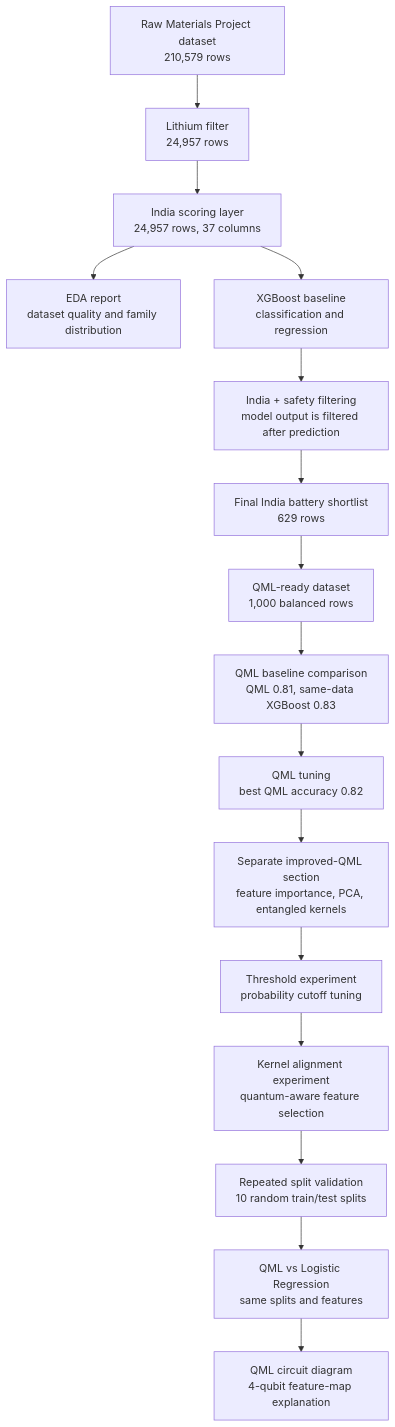
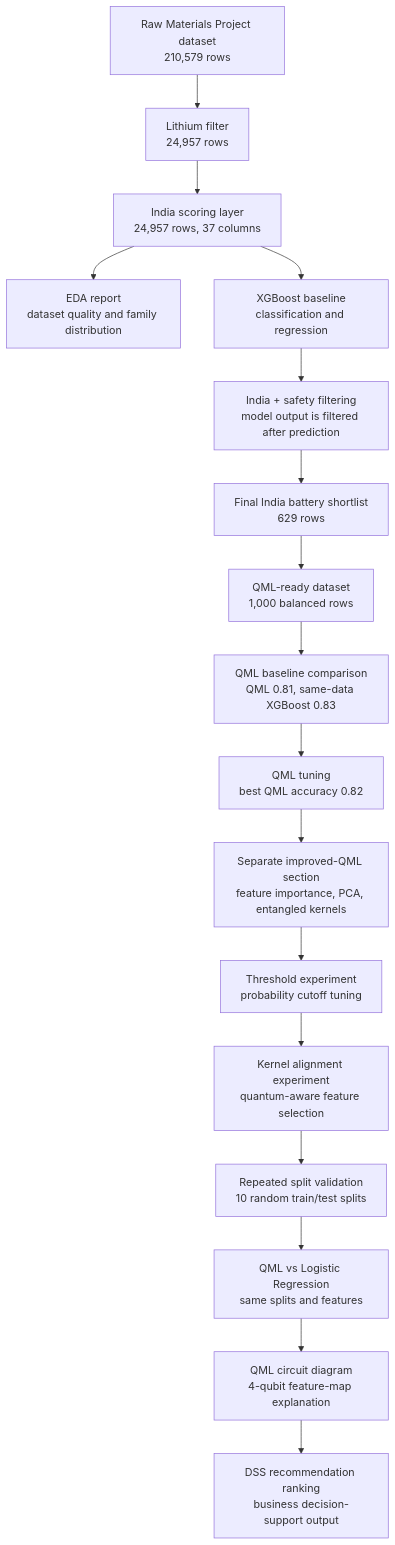
Before and after one commit to lifeknife10A/hybrid-quantum-battery-stability-prediction: the diagram in Summer Vacation/data/metadata/project_pipeline_summary.md, drawn with Mermaid. The commit also changed other lines of this file and 7 other files, not shown here.

Commit message:
Add DSS recommendation rankings

````diff
--- a/Summer Vacation/data/metadata/project_pipeline_summary.md
+++ b/Summer Vacation/data/metadata/project_pipeline_summary.md
@@ -36,18 +36,19 @@
 ```mermaid
 flowchart TD
     A["Raw Materials Project dataset<br/>210,579 rows"] --> B["Lithium filter<br/>24,957 rows"]
     B --> C["India scoring layer<br/>24,957 rows, 37 columns"]
     C --> D["EDA report<br/>dataset quality and family distribution"]
     C --> E["XGBoost baseline<br/>classification and regression"]
     E --> F["India + safety filtering<br/>model output is filtered after prediction"]
     F --> G["Final India battery shortlist<br/>629 rows"]
     G --> H["QML-ready dataset<br/>1,000 balanced rows"]
     H --> I["QML baseline comparison<br/>QML 0.81, same-data XGBoost 0.83"]
     I --> J["QML tuning<br/>best QML accuracy 0.82"]
     J --> K["Separate improved-QML section<br/>feature importance, PCA, entangled kernels"]
     K --> L["Threshold experiment<br/>probability cutoff tuning"]
     L --> M["Kernel alignment experiment<br/>quantum-aware feature selection"]
     M --> N["Repeated split validation<br/>10 random train/test splits"]
     N --> O["QML vs Logistic Regression<br/>same splits and features"]
     O --> P["QML circuit diagram<br/>4-qubit feature-map explanation"]
+    P --> Q["DSS recommendation ranking<br/>business decision-support output"]
 ```
````
